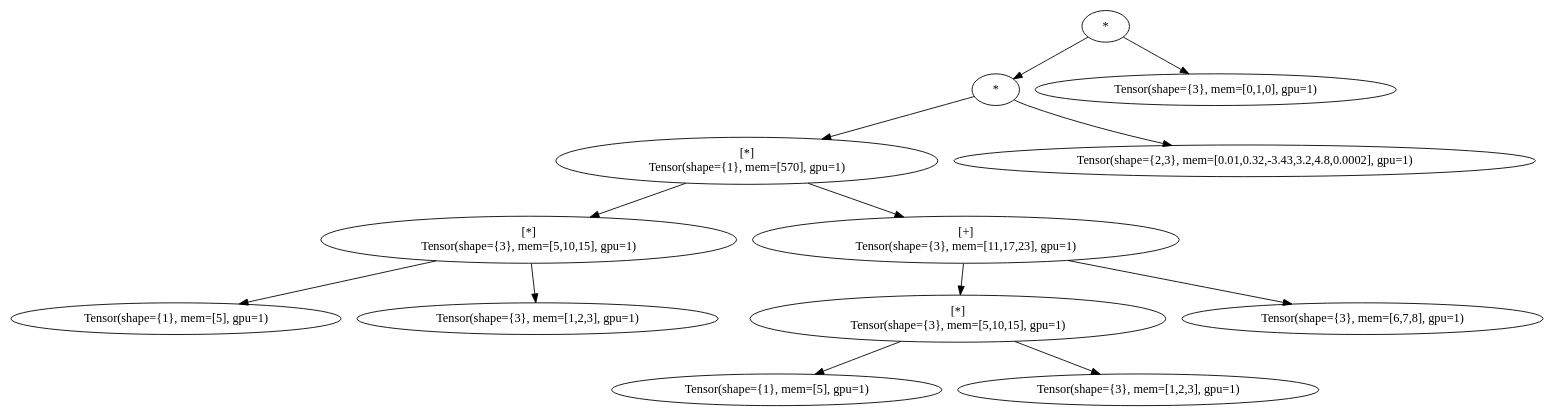
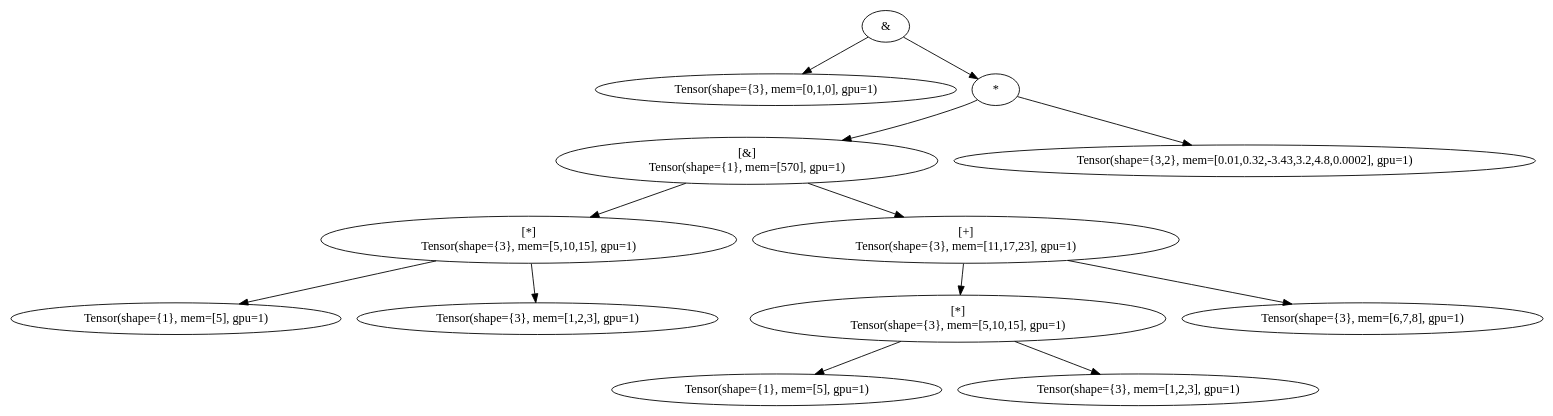
The diagram in graphs/graph_final_eval_1.dot (MarkusPfundstein/tensorcpp), drawn with Graphviz before and after one commit. The commit also changed 14 other files, not shown here.

```diff
--- a/graphs/graph_final_eval_1.dot
+++ b/graphs/graph_final_eval_1.dot
@@ -1,27 +1,27 @@
 digraph G {
-MUL_Output_0AJCZ[label="*"]
-MUL_MUL_Output_0AJCZ_1sQzH[label="*"]
-MUL_Output_0AJCZ -> MUL_MUL_Output_0AJCZ_1sQzH
-MUL_MUL_MUL_Output_0AJCZ_1sQzH_2KbqQ[label="[*]\nTensor(shape={1}, mem=[570], gpu=1)"]
-MUL_MUL_Output_0AJCZ_1sQzH -> MUL_MUL_MUL_Output_0AJCZ_1sQzH_2KbqQ
-MUL_MUL_MUL_MUL_Output_0AJCZ_1sQzH_2KbqQ_3GGsV[label="[*]\nTensor(shape={3}, mem=[5,10,15], gpu=1)"]
-MUL_MUL_MUL_Output_0AJCZ_1sQzH_2KbqQ -> MUL_MUL_MUL_MUL_Output_0AJCZ_1sQzH_2KbqQ_3GGsV
-TENSOR_MUL_MUL_MUL_MUL_Output_0AJCZ_1sQzH_2KbqQ_3GGsV_4G7EV[label="Tensor(shape={1}, mem=[5], gpu=1)"]
-MUL_MUL_MUL_MUL_Output_0AJCZ_1sQzH_2KbqQ_3GGsV -> TENSOR_MUL_MUL_MUL_MUL_Output_0AJCZ_1sQzH_2KbqQ_3GGsV_4G7EV
-TENSOR_MUL_MUL_MUL_MUL_Output_0AJCZ_1sQzH_2KbqQ_3GGsV_4PZsW[label="Tensor(shape={3}, mem=[1,2,3], gpu=1)"]
-MUL_MUL_MUL_MUL_Output_0AJCZ_1sQzH_2KbqQ_3GGsV -> TENSOR_MUL_MUL_MUL_MUL_Output_0AJCZ_1sQzH_2KbqQ_3GGsV_4PZsW
-PLUS_MUL_MUL_MUL_Output_0AJCZ_1sQzH_2KbqQ_3lmXT[label="[+]\nTensor(shape={3}, mem=[11,17,23], gpu=1)"]
-MUL_MUL_MUL_Output_0AJCZ_1sQzH_2KbqQ -> PLUS_MUL_MUL_MUL_Output_0AJCZ_1sQzH_2KbqQ_3lmXT
-MUL_PLUS_MUL_MUL_MUL_Output_0AJCZ_1sQzH_2KbqQ_3lmXT_4gOnZ[label="[*]\nTensor(shape={3}, mem=[5,10,15], gpu=1)"]
-PLUS_MUL_MUL_MUL_Output_0AJCZ_1sQzH_2KbqQ_3lmXT -> MUL_PLUS_MUL_MUL_MUL_Output_0AJCZ_1sQzH_2KbqQ_3lmXT_4gOnZ
-TENSOR_MUL_PLUS_MUL_MUL_MUL_Output_0AJCZ_1sQzH_2KbqQ_3lmXT_4gOnZ_576Vm[label="Tensor(shape={1}, mem=[5], gpu=1)"]
-MUL_PLUS_MUL_MUL_MUL_Output_0AJCZ_1sQzH_2KbqQ_3lmXT_4gOnZ -> TENSOR_MUL_PLUS_MUL_MUL_MUL_Output_0AJCZ_1sQzH_2KbqQ_3lmXT_4gOnZ_576Vm
-TENSOR_MUL_PLUS_MUL_MUL_MUL_Output_0AJCZ_1sQzH_2KbqQ_3lmXT_4gOnZ_5Cf1O[label="Tensor(shape={3}, mem=[1,2,3], gpu=1)"]
-MUL_PLUS_MUL_MUL_MUL_Output_0AJCZ_1sQzH_2KbqQ_3lmXT_4gOnZ -> TENSOR_MUL_PLUS_MUL_MUL_MUL_Output_0AJCZ_1sQzH_2KbqQ_3lmXT_4gOnZ_5Cf1O
-TENSOR_PLUS_MUL_MUL_MUL_Output_0AJCZ_1sQzH_2KbqQ_3lmXT_4s4LV[label="Tensor(shape={3}, mem=[6,7,8], gpu=1)"]
-PLUS_MUL_MUL_MUL_Output_0AJCZ_1sQzH_2KbqQ_3lmXT -> TENSOR_PLUS_MUL_MUL_MUL_Output_0AJCZ_1sQzH_2KbqQ_3lmXT_4s4LV
-TENSOR_MUL_MUL_Output_0AJCZ_1sQzH_28hXy[label="Tensor(shape={2,3}, mem=[0.01,0.32,-3.43,3.2,4.8,0.0002], gpu=1)"]
-MUL_MUL_Output_0AJCZ_1sQzH -> TENSOR_MUL_MUL_Output_0AJCZ_1sQzH_28hXy
-TENSOR_MUL_Output_0AJCZ_1edAV[label="Tensor(shape={3}, mem=[0,1,0], gpu=1)"]
-MUL_Output_0AJCZ -> TENSOR_MUL_Output_0AJCZ_1edAV
+MATMUL_Output_0RSV3[label="&"]
+TENSOR_MATMUL_Output_0RSV3_1eHG8[label="Tensor(shape={3}, mem=[0,1,0], gpu=1)"]
+MATMUL_Output_0RSV3 -> TENSOR_MATMUL_Output_0RSV3_1eHG8
+MUL_MATMUL_Output_0RSV3_1HqmB[label="*"]
+MATMUL_Output_0RSV3 -> MUL_MATMUL_Output_0RSV3_1HqmB
+MATMUL_MUL_MATMUL_Output_0RSV3_1HqmB_2fv8z[label="[&]\nTensor(shape={1}, mem=[570], gpu=1)"]
+MUL_MATMUL_Output_0RSV3_1HqmB -> MATMUL_MUL_MATMUL_Output_0RSV3_1HqmB_2fv8z
+MUL_MATMUL_MUL_MATMUL_Output_0RSV3_1HqmB_2fv8z_3vm3b[label="[*]\nTensor(shape={3}, mem=[5,10,15], gpu=1)"]
+MATMUL_MUL_MATMUL_Output_0RSV3_1HqmB_2fv8z -> MUL_MATMUL_MUL_MATMUL_Output_0RSV3_1HqmB_2fv8z_3vm3b
+TENSOR_MUL_MATMUL_MUL_MATMUL_Output_0RSV3_1HqmB_2fv8z_3vm3b_438cZ[label="Tensor(shape={1}, mem=[5], gpu=1)"]
+MUL_MATMUL_MUL_MATMUL_Output_0RSV3_1HqmB_2fv8z_3vm3b -> TENSOR_MUL_MATMUL_MUL_MATMUL_Output_0RSV3_1HqmB_2fv8z_3vm3b_438cZ
+TENSOR_MUL_MATMUL_MUL_MATMUL_Output_0RSV3_1HqmB_2fv8z_3vm3b_4znBh[label="Tensor(shape={3}, mem=[1,2,3], gpu=1)"]
+MUL_MATMUL_MUL_MATMUL_Output_0RSV3_1HqmB_2fv8z_3vm3b -> TENSOR_MUL_MATMUL_MUL_MATMUL_Output_0RSV3_1HqmB_2fv8z_3vm3b_4znBh
+PLUS_MATMUL_MUL_MATMUL_Output_0RSV3_1HqmB_2fv8z_3QrRB[label="[+]\nTensor(shape={3}, mem=[11,17,23], gpu=1)"]
+MATMUL_MUL_MATMUL_Output_0RSV3_1HqmB_2fv8z -> PLUS_MATMUL_MUL_MATMUL_Output_0RSV3_1HqmB_2fv8z_3QrRB
+MUL_PLUS_MATMUL_MUL_MATMUL_Output_0RSV3_1HqmB_2fv8z_3QrRB_48z6S[label="[*]\nTensor(shape={3}, mem=[5,10,15], gpu=1)"]
+PLUS_MATMUL_MUL_MATMUL_Output_0RSV3_1HqmB_2fv8z_3QrRB -> MUL_PLUS_MATMUL_MUL_MATMUL_Output_0RSV3_1HqmB_2fv8z_3QrRB_48z6S
+TENSOR_MUL_PLUS_MATMUL_MUL_MATMUL_Output_0RSV3_1HqmB_2fv8z_3QrRB_48z6S_5Mf3a[label="Tensor(shape={1}, mem=[5], gpu=1)"]
+MUL_PLUS_MATMUL_MUL_MATMUL_Output_0RSV3_1HqmB_2fv8z_3QrRB_48z6S -> TENSOR_MUL_PLUS_MATMUL_MUL_MATMUL_Output_0RSV3_1HqmB_2fv8z_3QrRB_48z6S_5Mf3a
+TENSOR_MUL_PLUS_MATMUL_MUL_MATMUL_Output_0RSV3_1HqmB_2fv8z_3QrRB_48z6S_5bHtZ[label="Tensor(shape={3}, mem=[1,2,3], gpu=1)"]
+MUL_PLUS_MATMUL_MUL_MATMUL_Output_0RSV3_1HqmB_2fv8z_3QrRB_48z6S -> TENSOR_MUL_PLUS_MATMUL_MUL_MATMUL_Output_0RSV3_1HqmB_2fv8z_3QrRB_48z6S_5bHtZ
+TENSOR_PLUS_MATMUL_MUL_MATMUL_Output_0RSV3_1HqmB_2fv8z_3QrRB_4IQdb[label="Tensor(shape={3}, mem=[6,7,8], gpu=1)"]
+PLUS_MATMUL_MUL_MATMUL_Output_0RSV3_1HqmB_2fv8z_3QrRB -> TENSOR_PLUS_MATMUL_MUL_MATMUL_Output_0RSV3_1HqmB_2fv8z_3QrRB_4IQdb
+TENSOR_MUL_MATMUL_Output_0RSV3_1HqmB_2zXxD[label="Tensor(shape={3,2}, mem=[0.01,0.32,-3.43,3.2,4.8,0.0002], gpu=1)"]
+MUL_MATMUL_Output_0RSV3_1HqmB -> TENSOR_MUL_MATMUL_Output_0RSV3_1HqmB_2zXxD
 }
```
